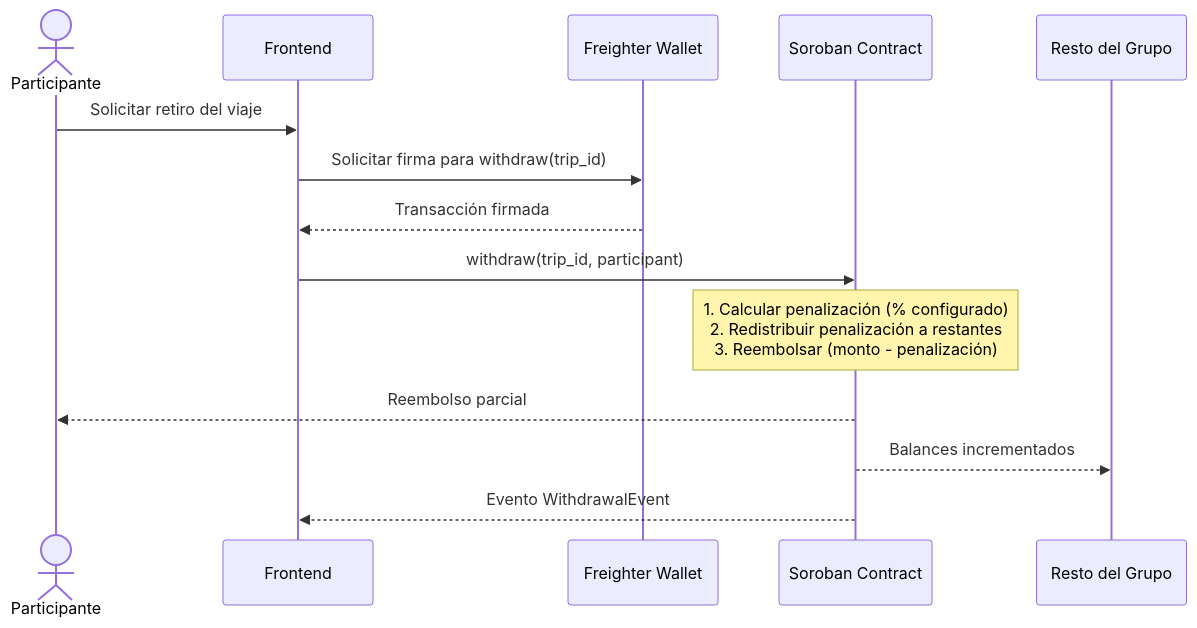
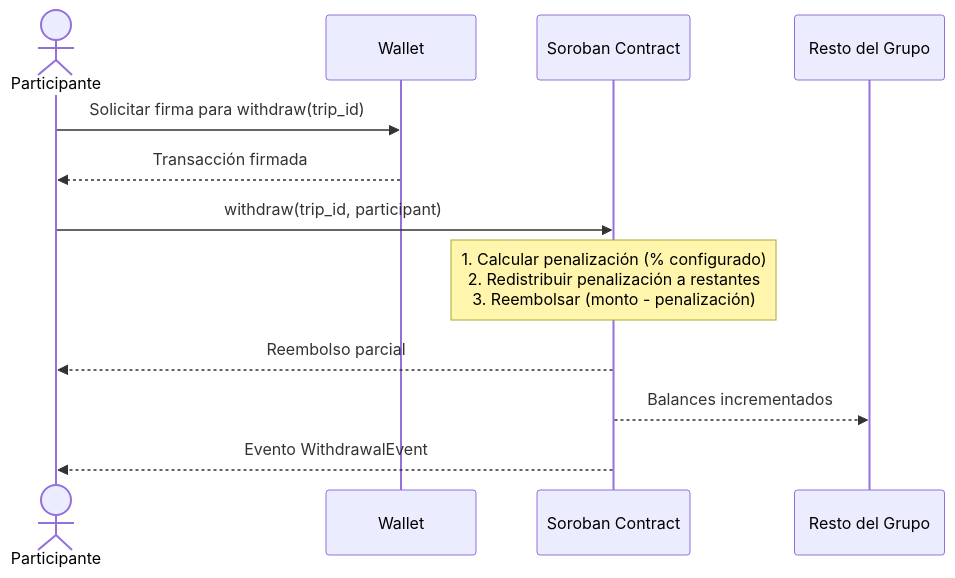
One commit to CoKeFish/Impacta-Bootcamp changed the eighth of 15 diagrams in ARCHITECTURE.md. Above: the diagram before and after it, drawn with Mermaid. The commit also changed other lines of this file and 9 other files, not shown here.

````diff
--- a/ARCHITECTURE.md
+++ b/ARCHITECTURE.md
@@ -303,16 +284,14 @@
 ```mermaid
 sequenceDiagram
     actor P as Participante
-    participant FE as Frontend
-    participant W as Freighter Wallet
+    participant W as Wallet
     participant SC as Soroban Contract
     participant G as Resto del Grupo
-    P ->> FE: Solicitar retiro del viaje
-    FE ->> W: Solicitar firma para withdraw(trip_id)
-    W -->> FE: Transacción firmada
-    FE ->> SC: withdraw(trip_id, participant)
+    P ->> W: Solicitar firma para withdraw(trip_id)
+    W -->> P: Transacción firmada
+    P ->> SC: withdraw(trip_id, participant)
     Note over SC: 1. Calcular penalización (% configurado)<br/>2. Redistribuir penalización a restantes<br/>3. Reembolsar (monto - penalización)
     SC -->> P: Reembolso parcial
     SC -->> G: Balances incrementados
-    SC -->> FE: Evento WithdrawalEvent
+    SC -->> P: Evento WithdrawalEvent
 ```
````
